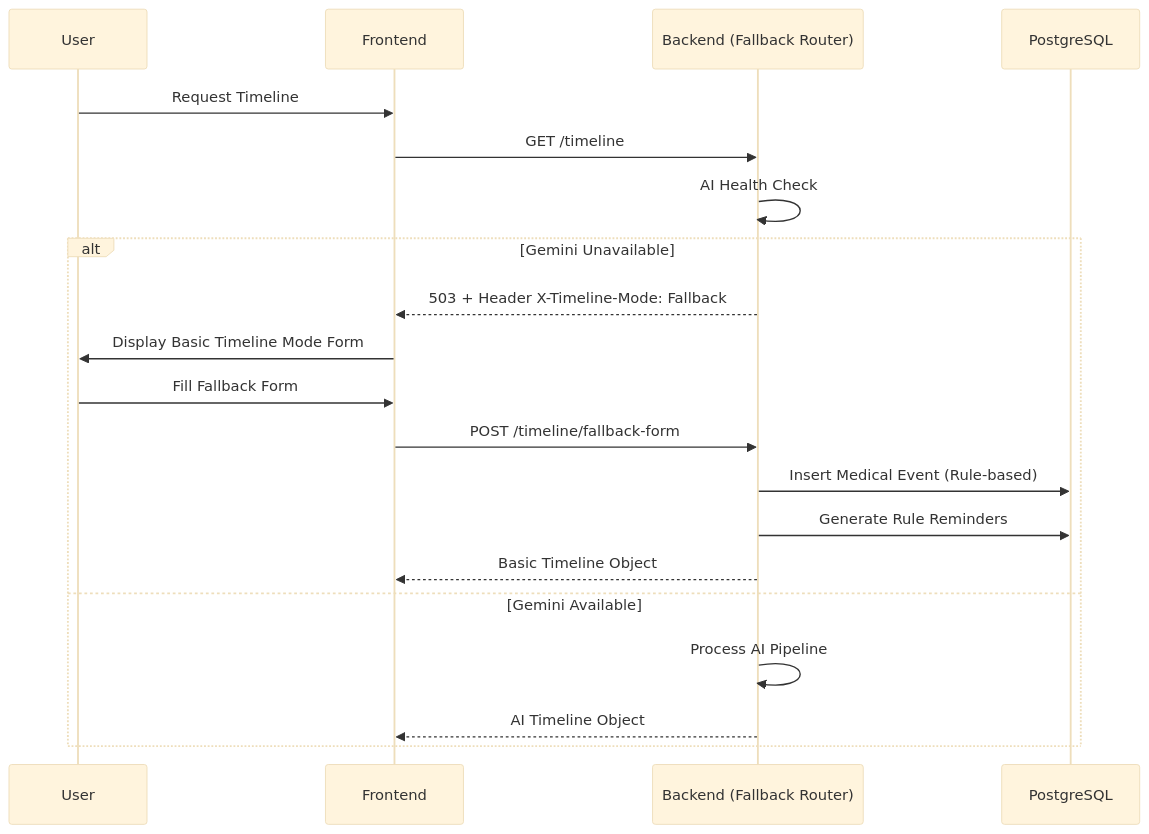
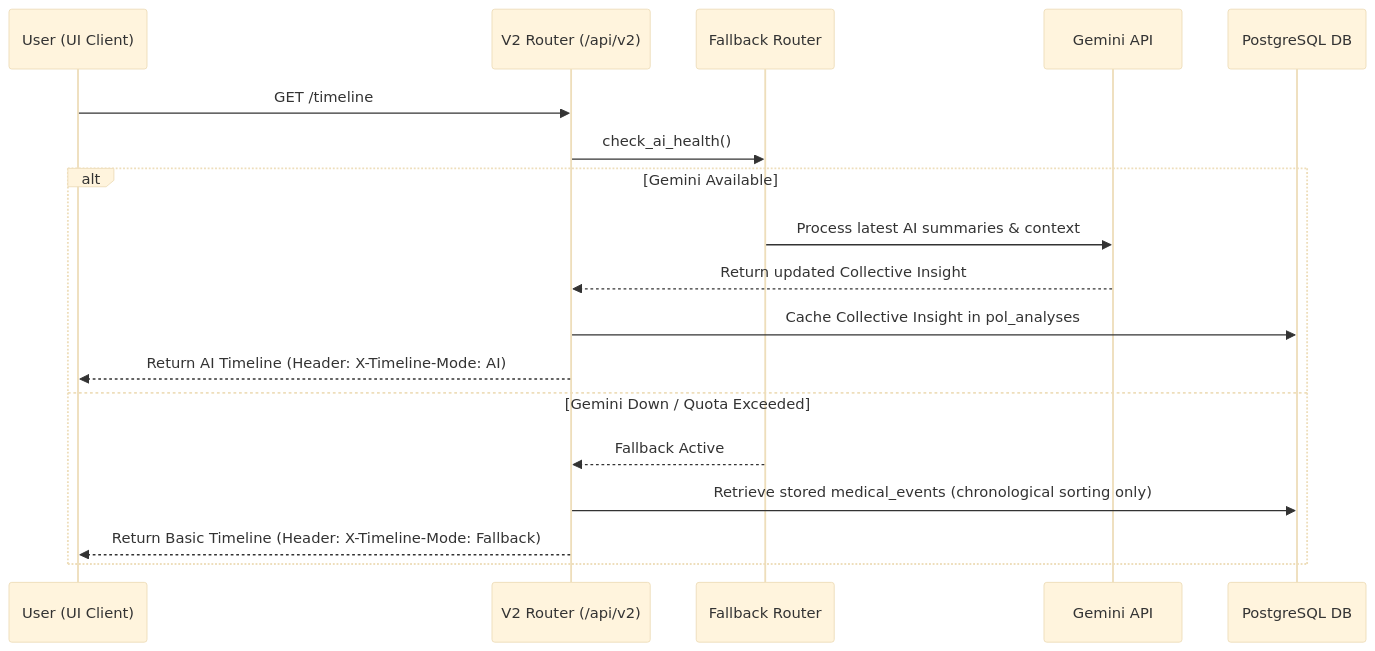
One commit to JannathBarveenR/blogreact changed the second of 2 diagrams in docs/appdocs/ai_timeline.docs/api_dbSpecs_ai_timeline.md. Above: the diagram before and after it, drawn with Mermaid (base theme). The commit also changed other lines of this file and 4 other files, not shown here.

````diff
--- a/docs/appdocs/ai_timeline.docs/api_dbSpecs_ai_timeline.md
+++ b/docs/appdocs/ai_timeline.docs/api_dbSpecs_ai_timeline.md
@@ -516,23 +340,21 @@
 ```mermaid
 sequenceDiagram
-    participant U as User
-    participant F as Frontend
-    participant B as Backend (Fallback Router)
-    participant DB as PostgreSQL
-    
-    U->>F: Request Timeline
-    F->>B: GET /timeline
-    B->>B: AI Health Check
-    alt Gemini Unavailable
-        B-->>F: 503 + Header X-Timeline-Mode: Fallback
-        F->>U: Display Basic Timeline Mode Form
-        U->>F: Fill Fallback Form
-        F->>B: POST /timeline/fallback-form
-        B->>DB: Insert Medical Event (Rule-based)
-        B->>DB: Generate Rule Reminders
-        B-->>F: Basic Timeline Object
-    else Gemini Available
-        B->>B: Process AI Pipeline
-        B-->>F: AI Timeline Object
+    participant User as User (UI Client)
+    participant V2R as V2 Router (/api/v2)
+    participant Fallback as Fallback Router
+    participant Gemini as Gemini API
+    participant DB as PostgreSQL DB
+
+    User->>V2R: GET /timeline
+    V2R->>Fallback: check_ai_health()
+    alt Gemini Available
+        Fallback->>Gemini: Process latest AI summaries & context
+        Gemini-->>V2R: Return updated Collective Insight
+        V2R->>DB: Cache Collective Insight in pol_analyses
+        V2R-->>User: Return AI Timeline (Header: X-Timeline-Mode: AI)
+    else Gemini Down / Quota Exceeded
+        Fallback-->>V2R: Fallback Active
+        V2R->>DB: Retrieve stored medical_events (chronological sorting only)
+        V2R-->>User: Return Basic Timeline (Header: X-Timeline-Mode: Fallback)
     end
 ```
````
